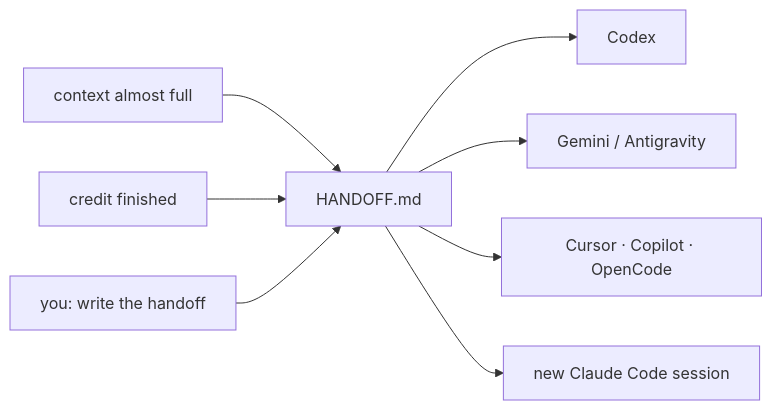
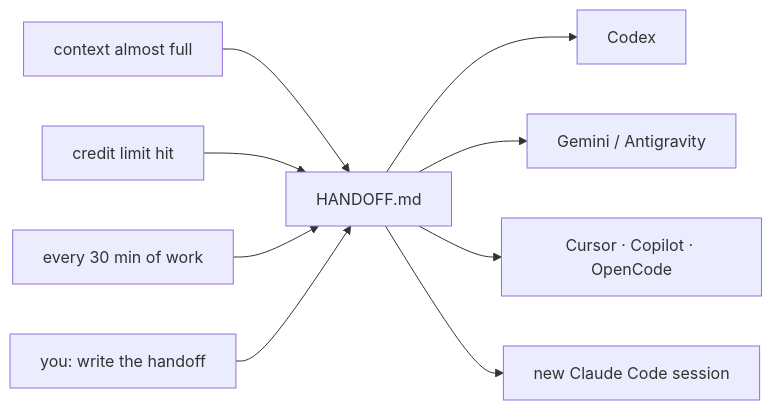
One commit to chentaymane/handOff changed the diagram in README.md. Above: the diagram before and after it, drawn with Mermaid. The commit also changed other lines of this file and 4 other files, not shown here.

````diff
--- a/README.md
+++ b/README.md
@@ -38,10 +38,11 @@
 ```mermaid
 flowchart LR
     A["context almost full"] --> H
-    B["credit finished"] --> H
-    C["you: write the handoff"] --> H
-    H["HANDOFF.md"] --> D["Codex"]
-    H --> E["Gemini / Antigravity"]
-    H --> F["Cursor · Copilot · OpenCode"]
-    H --> G["new Claude Code session"]
+    B["credit limit hit"] --> H
+    C["every 30 min of work"] --> H
+    D["you: write the handoff"] --> H
+    H["HANDOFF.md"] --> E["Codex"]
+    H --> F["Gemini / Antigravity"]
+    H --> G["Cursor · Copilot · OpenCode"]
+    H --> I["new Claude Code session"]
 ```
````
